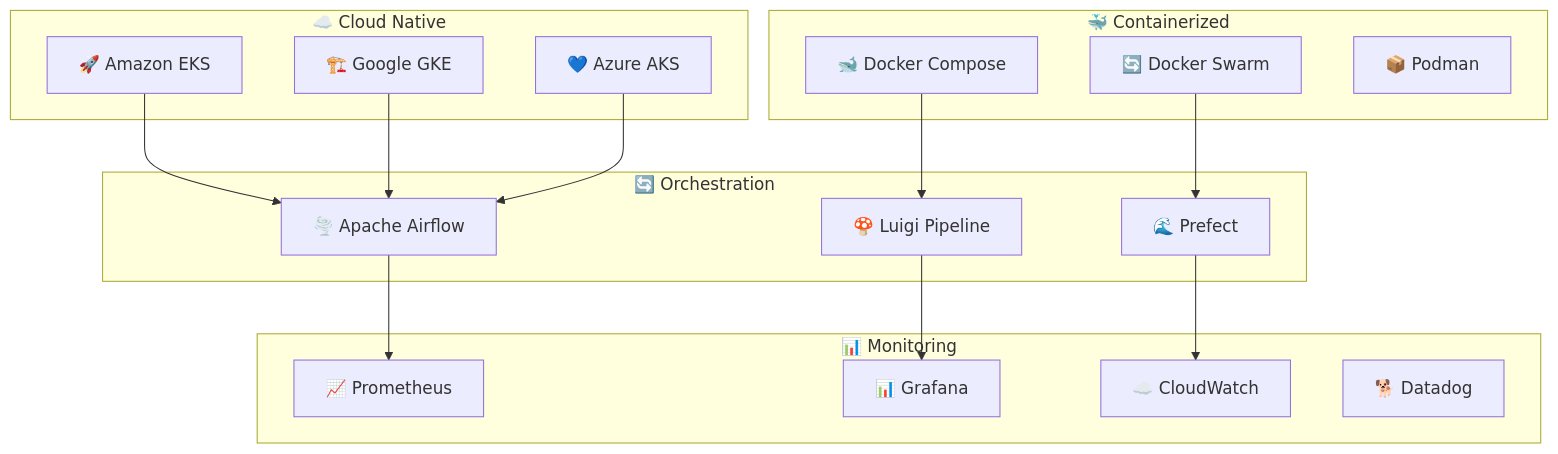
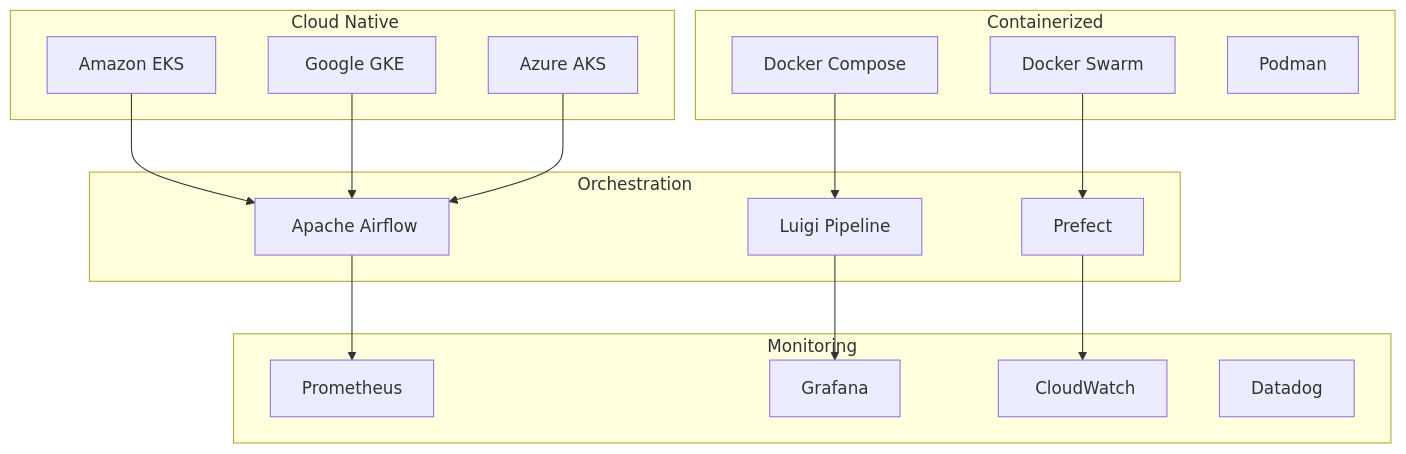
The ninth of 12 diagrams in README.md (Monsau/S3connectorplaybook), drawn with Mermaid before and after one commit. The commit also changed other lines of this file and 4 other files, not shown here.

````diff
--- a/README.md
+++ b/README.md
@@ -635,38 +635,38 @@
 ```mermaid
 graph TD
-    subgraph "☁️ Cloud Native"
-        EKS[🚀 Amazon EKS]
-        GKE[🏗️ Google GKE]
-        AKS[💙 Azure AKS]
+    subgraph "️ Cloud Native"
+        EKS[ Amazon EKS]
+        GKE[️ Google GKE]
+        AKS[ Azure AKS]
     end
     
-    subgraph "🐳 Containerized"
-        Docker[🐋 Docker Compose]
-        Swarm[🔄 Docker Swarm]
-        Podman[📦 Podman]
+    subgraph " Containerized"
+        Docker[ Docker Compose]
+        Swarm[ Docker Swarm]
+        Podman[ Podman]
     end
     
-    subgraph "🔄 Orchestration"
-        Airflow[🌪️ Apache Airflow]
-        Luigi[🍄 Luigi Pipeline]
-        Prefect[🌊 Prefect]
+    subgraph " Orchestration"
+        Airflow[️ Apache Airflow]
+        Luigi[ Luigi Pipeline]
+        Prefect[ Prefect]
     end
     
-    subgraph "📊 Monitoring"
-        Prometheus[📈 Prometheus]
-        Grafana[📊 Grafana]
-        CloudWatch[☁️ CloudWatch]
-        Datadog[🐕 Datadog]
+    subgraph " Monitoring"
+        Prometheus[ Prometheus]
+        Grafana[ Grafana]
+        CloudWatch[️ CloudWatch]
+        Datadog[ Datadog]
     end
     
     EKS --> Airflow
     GKE --> Airflow
     AKS --> Airflow
     
     Docker --> Luigi
     Swarm --> Prefect
     
     Airflow --> Prometheus
     Luigi --> Grafana
     Prefect --> CloudWatch
 ```
````
